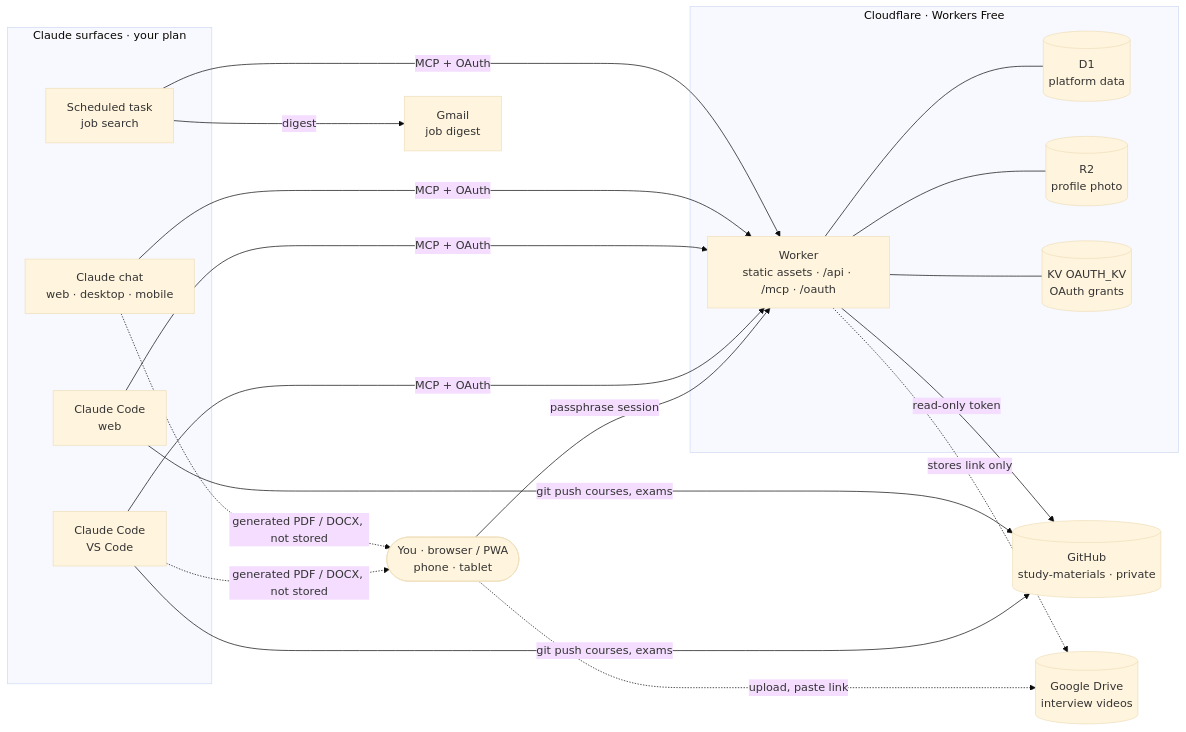
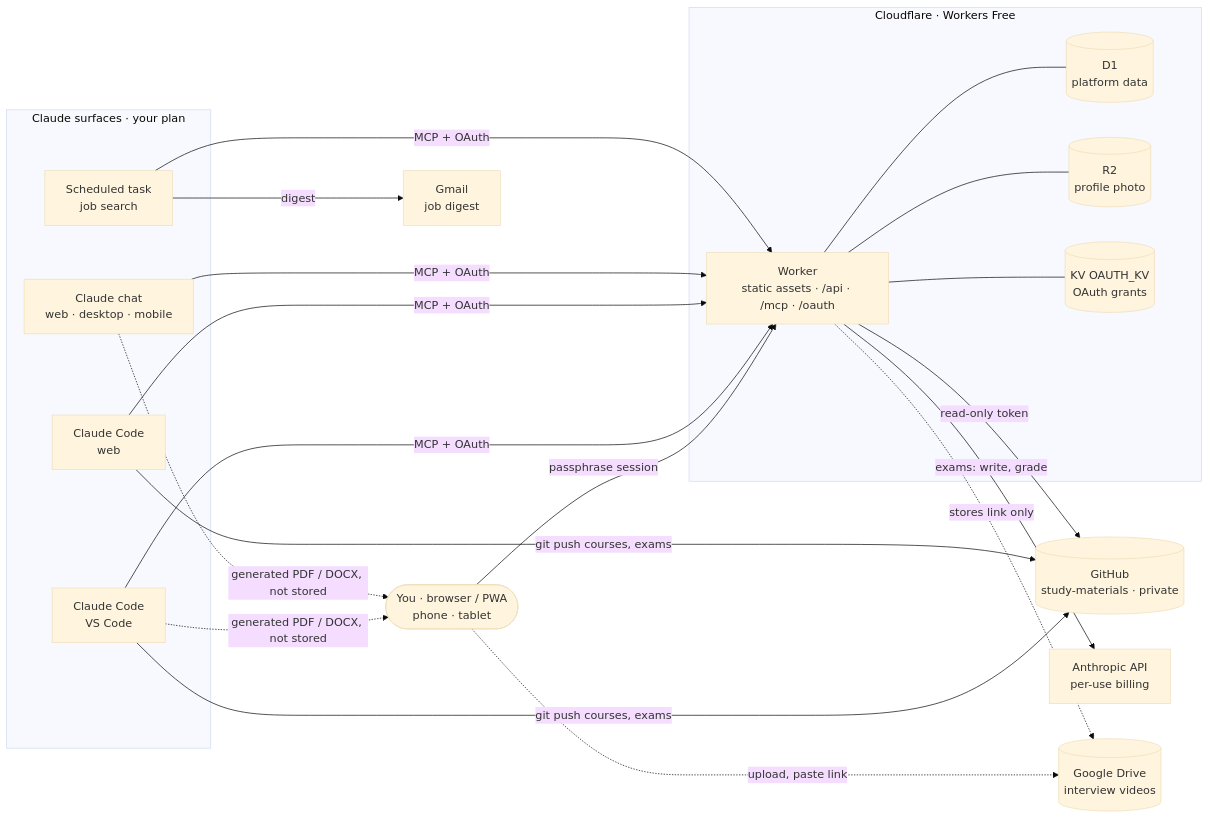
One commit to Jailsonsdsj/projects-lab changed the diagram in docs/architecture.md. Above: the diagram before and after it, drawn with Mermaid (base theme). The commit also changed other lines of this file and 6 other files, not shown here.

First line of the commit message:
docs: AI-01 allow Anthropic API integrations as the one exception to no LLM

````diff
--- a/docs/architecture.md
+++ b/docs/architecture.md
@@ -24,29 +30,31 @@
 ```mermaid
 flowchart LR
   you([You · browser / PWA<br/>phone · tablet])
   subgraph claude[Claude surfaces · your plan]
     vsc[Claude Code<br/>VS Code]
     ccw[Claude Code<br/>web]
     chat[Claude chat<br/>web · desktop · mobile]
     sched[Scheduled task<br/>job search]
   end
   subgraph cf[Cloudflare · Workers Free]
     worker[Worker<br/>static assets · /api · /mcp · /oauth]
     d1[(D1<br/>platform data)]
     r2[(R2<br/>profile photo)]
     kv[(KV OAUTH_KV<br/>OAuth grants)]
   end
   gh[(GitHub<br/>study-materials · private)]
+  anthropic[Anthropic API<br/>per-use billing]
   drive[(Google Drive<br/>interview videos)]
   gmail[Gmail<br/>job digest]
 
   you -- passphrase session --> worker
   vsc & ccw & chat & sched -- MCP + OAuth --> worker
   vsc & ccw -- git push courses, exams --> gh
   vsc & chat -. generated PDF / DOCX, not stored .-> you
   worker -- read-only token --> gh
+  worker -- exams: write, grade --> anthropic
   worker --- d1 & r2 & kv
   you -. upload, paste link .-> drive
   worker -. stores link only .-> drive
   sched -- digest --> gmail
 ```
````
